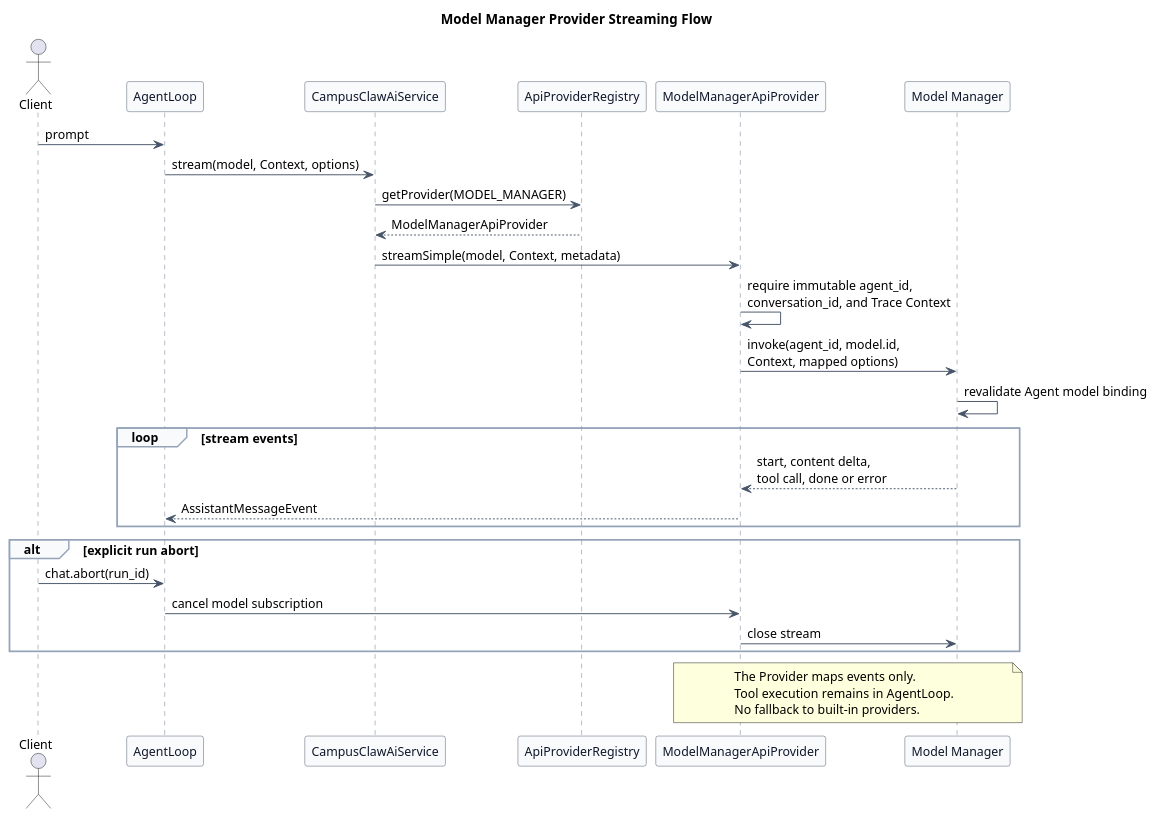
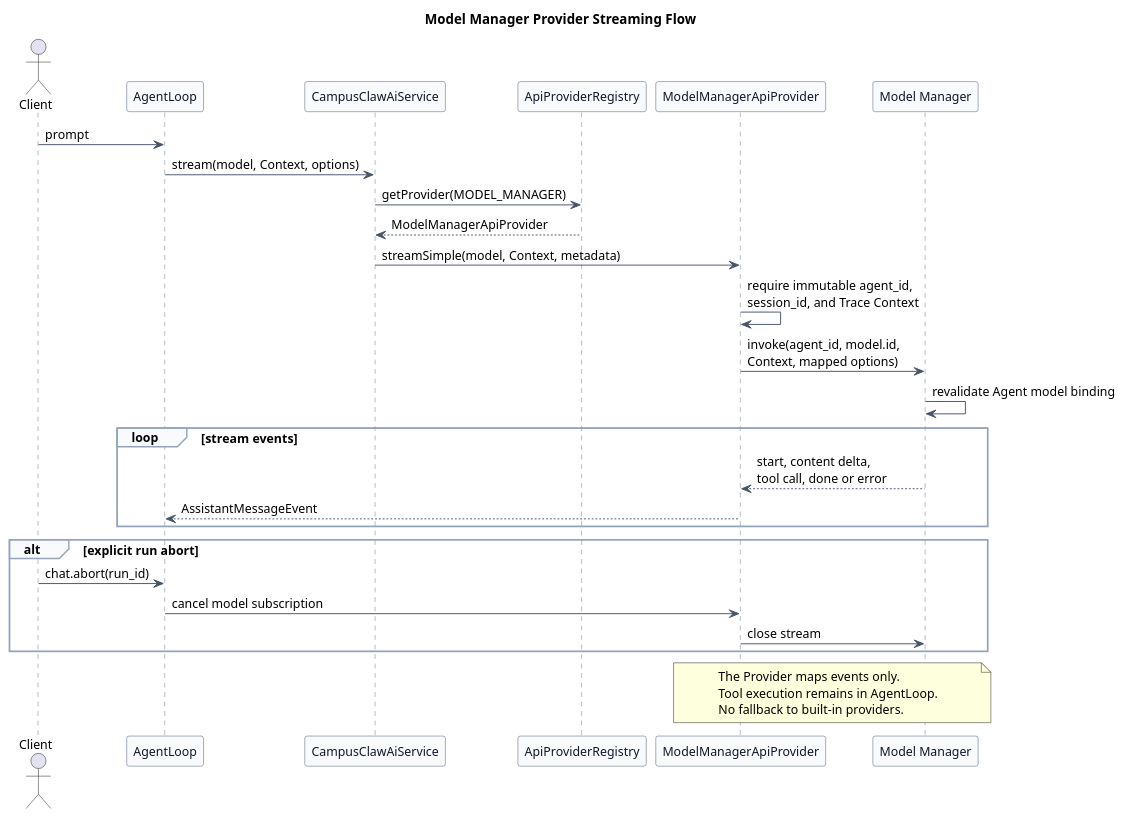
The sixth of 6 diagrams in pi-mono-java-manager-driven-multi-agent-runtime/diagram.puml (superheromeZzh/pi-mono-java-design), drawn with PlantUML before and after one commit. The commit also changed other lines of this file and 14 other files, not shown here.

```diff
--- a/pi-mono-java-manager-driven-multi-agent-runtime/diagram.puml
+++ b/pi-mono-java-manager-driven-multi-agent-runtime/diagram.puml
@@ -450,63 +458,63 @@
 @startuml model_manager_streaming_flow
 title Model Manager Provider Streaming Flow
 
 ' Source evidence:
 ' pi-mono packages/ai/src/types.ts: Model, Context, AssistantMessageEvent
 ' pi-mono-java modules/ai/src/main/java/com/campusclaw/ai/provider/ApiProvider.java: ApiProvider
 ' pi-mono-java modules/ai/src/main/java/com/campusclaw/ai/provider/ApiProviderRegistry.java: ApiProviderRegistry
 ' pi-mono-java modules/ai/src/main/java/com/campusclaw/ai/types/SimpleStreamOptions.java: metadata
 ' pi-mono-java modules/ai/src/main/java/com/campusclaw/ai/stream/AssistantMessageEvent.java: event records
 ' Observed behavior: Java dispatches by Model.api to a Spring-discovered ApiProvider.
 ' Architecture change: one MODEL_MANAGER Api routes every managed model through Model Manager.
 ' Design reason: model_id selects the model while agent_id authorizes it for the current Agent.
 
 skinparam backgroundColor #FFFFFF
 skinparam shadowing false
 skinparam defaultFontName Arial
 skinparam defaultFontSize 13
 skinparam participant {
   BackgroundColor #F8FAFC
   BorderColor #475569
   FontColor #0F172A
 }
 skinparam ArrowColor #475569
 skinparam sequence {
   LifeLineBorderColor #64748B
   LifeLineBackgroundColor #F8FAFC
   GroupBorderColor #94A3B8
   GroupBackgroundColor #F8FAFC
 }
 
 actor Client
 participant "AgentLoop" as Loop
 participant "CampusClawAiService" as AiService
 participant "ApiProviderRegistry" as Registry
 participant "ModelManagerApiProvider" as Provider
 participant "Model Manager" as ModelManager
 
 Client -> Loop : prompt
 Loop -> AiService : stream(model, Context, options)
 AiService -> Registry : getProvider(MODEL_MANAGER)
 Registry --> AiService : ModelManagerApiProvider
 AiService -> Provider : streamSimple(model, Context, metadata)
-Provider -> Provider : require immutable agent_id,\nconversation_id, and Trace Context
+Provider -> Provider : require immutable agent_id,\nsession_id, and Trace Context
 Provider -> ModelManager : invoke(agent_id, model.id,\nContext, mapped options)
 ModelManager -> ModelManager : revalidate Agent model binding
 
 loop stream events
   ModelManager --> Provider : start, content delta,\ntool call, done or error
   Provider --> Loop : AssistantMessageEvent
 end
 
 alt explicit run abort
   Client -> Loop : chat.abort(run_id)
   Loop -> Provider : cancel model subscription
   Provider -> ModelManager : close stream
 end
 
 note over Provider,ModelManager
 The Provider maps events only.
 Tool execution remains in AgentLoop.
 No fallback to built-in providers.
 end note
 @enduml
```
